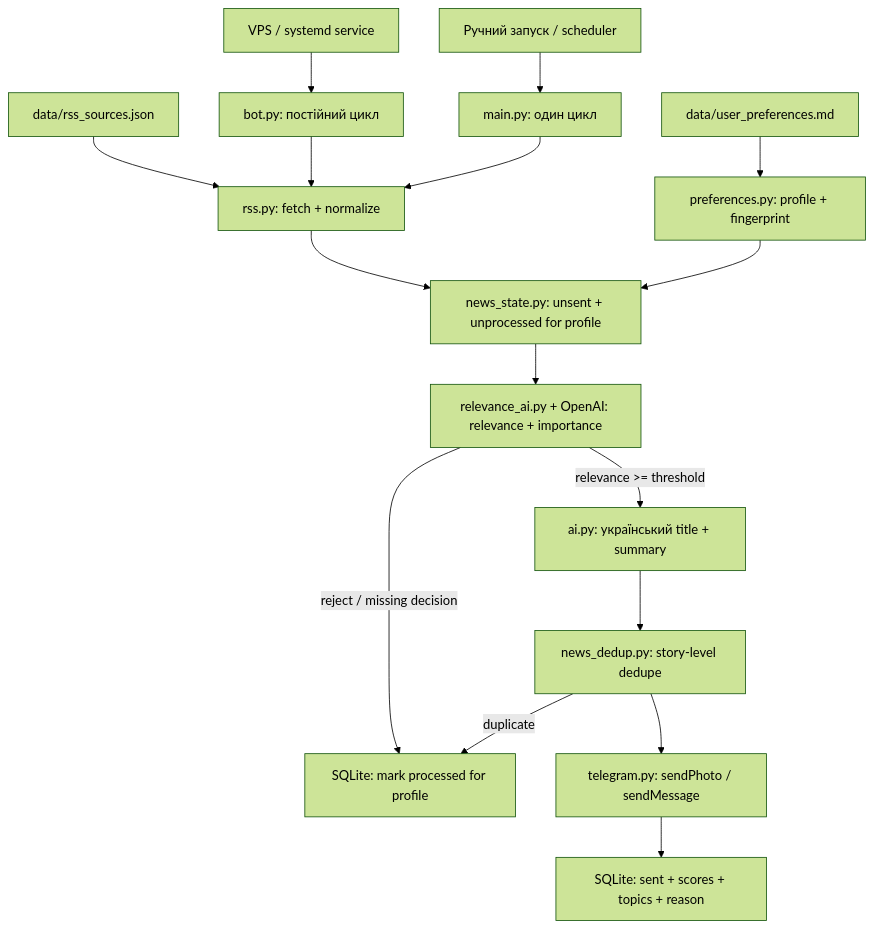
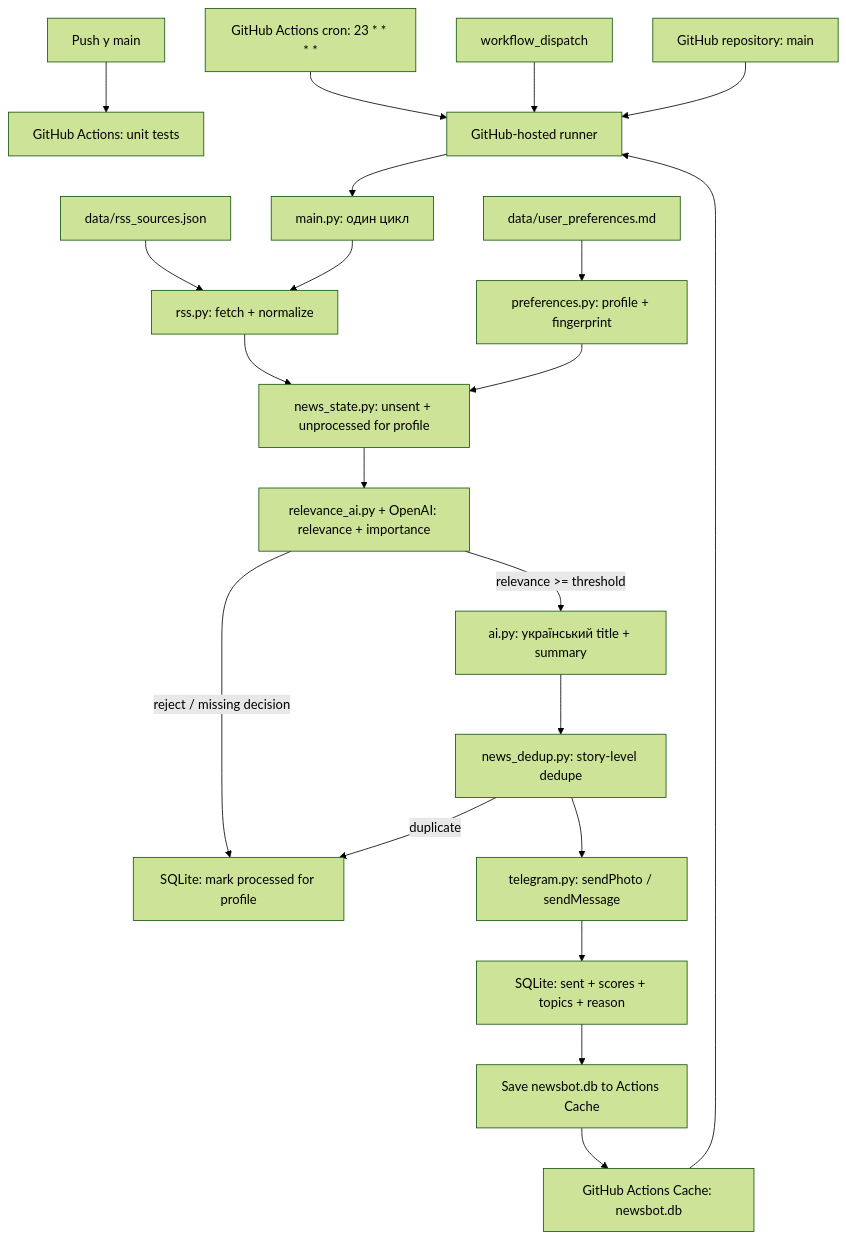
The diagram in README.md (Charged7/AI-News), drawn with Mermaid (forest theme) before and after one commit. The commit also changed other lines of this file and 5 other files, not shown here.

Commit message:
Run news entirely in GitHub Actions

````diff
--- a/README.md
+++ b/README.md
@@ -12,18 +13,23 @@
 ```mermaid
 flowchart TD
-    Service["VPS / systemd service"] --> Bot["bot.py: постійний цикл"]
-    Manual["Ручний запуск / scheduler"] --> Main["main.py: один цикл"]
+    Push["Push у main"] --> Tests["GitHub Actions: unit tests"]
+    Cron["GitHub Actions cron: 23 * * * *"] --> Runner["GitHub-hosted runner"]
+    Manual["workflow_dispatch"] --> Runner
+    Repo["GitHub repository: main"] --> Runner
+    Cache["GitHub Actions Cache: newsbot.db"] --> Runner
+    Runner --> Main["main.py: один цикл"]
     Profile["data/user_preferences.md"] --> Loader["preferences.py: profile + fingerprint"]
     Sources["data/rss_sources.json"] --> RSS["rss.py: fetch + normalize"]
-    Bot --> RSS
     Main --> RSS
     RSS --> StateFilter["news_state.py: unsent + unprocessed for profile"]
     Loader --> StateFilter
     StateFilter --> Relevance["relevance_ai.py + OpenAI: relevance + importance"]
     Relevance -->|"relevance >= threshold"| Summary["ai.py: український title + summary"]
     Relevance -->|"reject / missing decision"| Processed["SQLite: mark processed for profile"]
     Summary --> Dedupe["news_dedup.py: story-level dedupe"]
     Dedupe --> Telegram["telegram.py: sendPhoto / sendMessage"]
     Telegram --> Sent["SQLite: sent + scores + topics + reason"]
     Dedupe -->|"duplicate"| Processed
+    Sent --> Save["Save newsbot.db to Actions Cache"]
+    Save --> Cache
 ```
````
